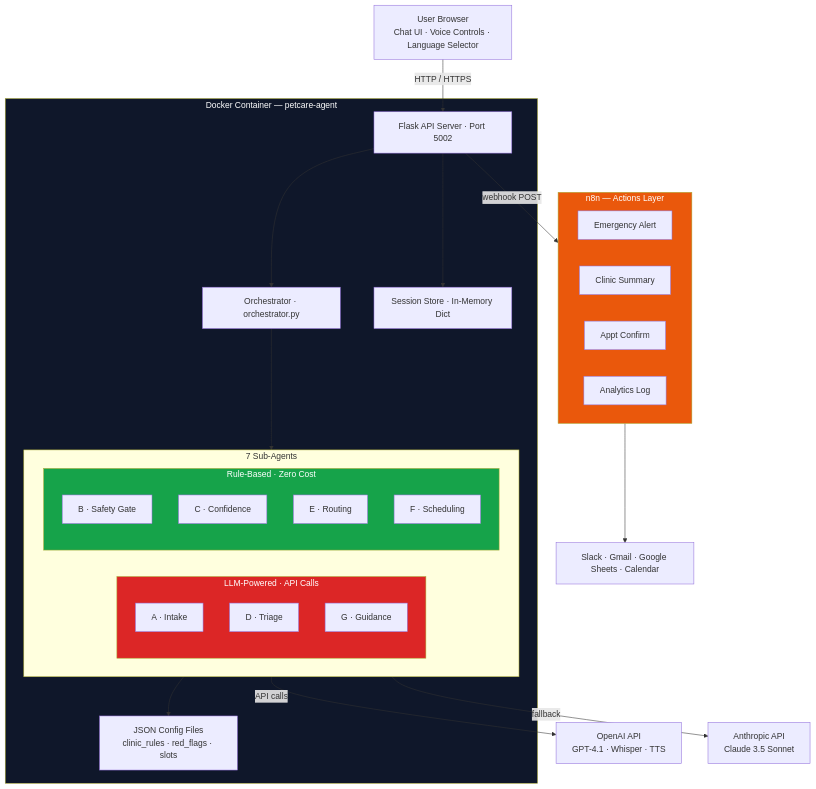
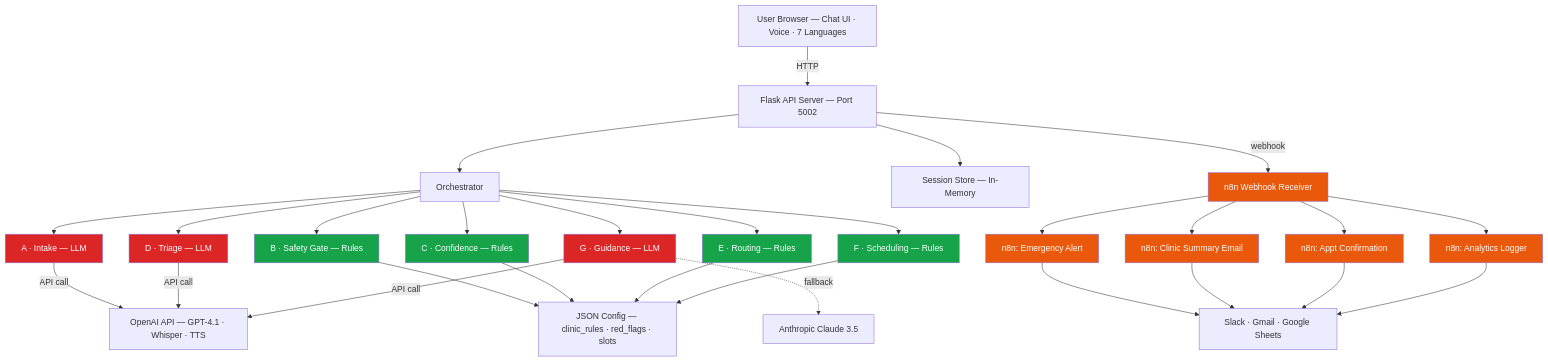
The first of 4 diagrams in README.md (FergieFeng/resume-alignment-engine), drawn with Mermaid before and after one commit. The commit also changed other lines of this file, not shown here.

First line of the commit message:
fix: rewrite all mermaid diagrams for reliable GitHub rendering

````diff
--- a/README.md
+++ b/README.md
@@ -28,51 +28,50 @@
 ```mermaid
 graph TD
-    BROWSER["User Browser<br/>Chat UI · Voice Controls · Language Selector"]
+    BROWSER["User Browser — Chat UI · Voice · 7 Languages"]
 
-    BROWSER -->|HTTP / HTTPS| FLASK
+    BROWSER -->|HTTP| FLASK["Flask API Server — Port 5002"]
+    FLASK --> ORCH["Orchestrator"]
+    FLASK --> SESSION["Session Store — In-Memory"]
+    FLASK -->|webhook| N8N_IN["n8n Webhook Receiver"]
 
-    subgraph CONTAINER["Docker Container — petcare-agent"]
-        FLASK["Flask API Server · Port 5002"]
-        FLASK --> ORCH
-        ORCH["Orchestrator · orchestrator.py"]
-        ORCH --> AGENTS
-        FLASK --> SESSION["Session Store · In-Memory Dict"]
+    ORCH --> A["A · Intake — LLM"]
+    ORCH --> B["B · Safety Gate — Rules"]
+    ORCH --> CC["C · Confidence — Rules"]
+    ORCH --> D["D · Triage — LLM"]
+    ORCH --> E["E · Routing — Rules"]
+    ORCH --> FF["F · Scheduling — Rules"]
+    ORCH --> GA["G · Guidance — LLM"]
 
-        subgraph AGENTS["7 Sub-Agents"]
-            direction LR
-            subgraph LLM["LLM-Powered · API Calls"]
-                A["A · Intake"]
-                D["D · Triage"]
-                G["G · Guidance"]
-            end
-            subgraph RULES["Rule-Based · Zero Cost"]
-                B["B · Safety Gate"]
-                C["C · Confidence"]
-                E["E · Routing"]
-                F["F · Scheduling"]
-            end
-        end
+    A -->|API call| OPENAI["OpenAI API — GPT-4.1 · Whisper · TTS"]
+    D -->|API call| OPENAI
+    GA -->|API call| OPENAI
+    GA -.->|fallback| CLAUDE["Anthropic Claude 3.5"]
 
-        RULES --> DATA["JSON Config Files<br/>clinic_rules · red_flags · slots"]
-    end
+    B --> DATA["JSON Config — clinic_rules · red_flags · slots"]
+    CC --> DATA
+    E --> DATA
+    FF --> DATA
 
-    LLM -->|API calls| OPENAI["OpenAI API<br/>GPT-4.1 · Whisper · TTS"]
-    LLM -->|fallback| ANTHROPIC["Anthropic API<br/>Claude 3.5 Sonnet"]
+    N8N_IN --> W1["n8n: Emergency Alert"]
+    N8N_IN --> W2["n8n: Clinic Summary Email"]
+    N8N_IN --> W3["n8n: Appt Confirmation"]
+    N8N_IN --> W4["n8n: Analytics Logger"]
 
-    FLASK -->|webhook POST| N8N
+    W1 --> SVC["Slack · Gmail · Google Sheets"]
+    W2 --> SVC
+    W3 --> SVC
+    W4 --> SVC
 
-    subgraph N8N["n8n — Actions Layer"]
-        direction LR
-        W1["Emergency Alert"]
-        W2["Clinic Summary"]
-        W3["Appt Confirm"]
-        W4["Analytics Log"]
-    end
-
-    N8N --> SERVICES["Slack · Gmail · Google Sheets · Calendar"]
-
-    style CONTAINER fill:#0f172a,color:#fff
-    style LLM fill:#dc2626,color:#fff
-    style RULES fill:#16a34a,color:#fff
-    style N8N fill:#ea580c,color:#fff
+    style A fill:#dc2626,color:#fff
+    style D fill:#dc2626,color:#fff
+    style GA fill:#dc2626,color:#fff
+    style B fill:#16a34a,color:#fff
+    style CC fill:#16a34a,color:#fff
+    style E fill:#16a34a,color:#fff
+    style FF fill:#16a34a,color:#fff
+    style N8N_IN fill:#ea580c,color:#fff
+    style W1 fill:#ea580c,color:#fff
+    style W2 fill:#ea580c,color:#fff
+    style W3 fill:#ea580c,color:#fff
+    style W4 fill:#ea580c,color:#fff
 ```
````
